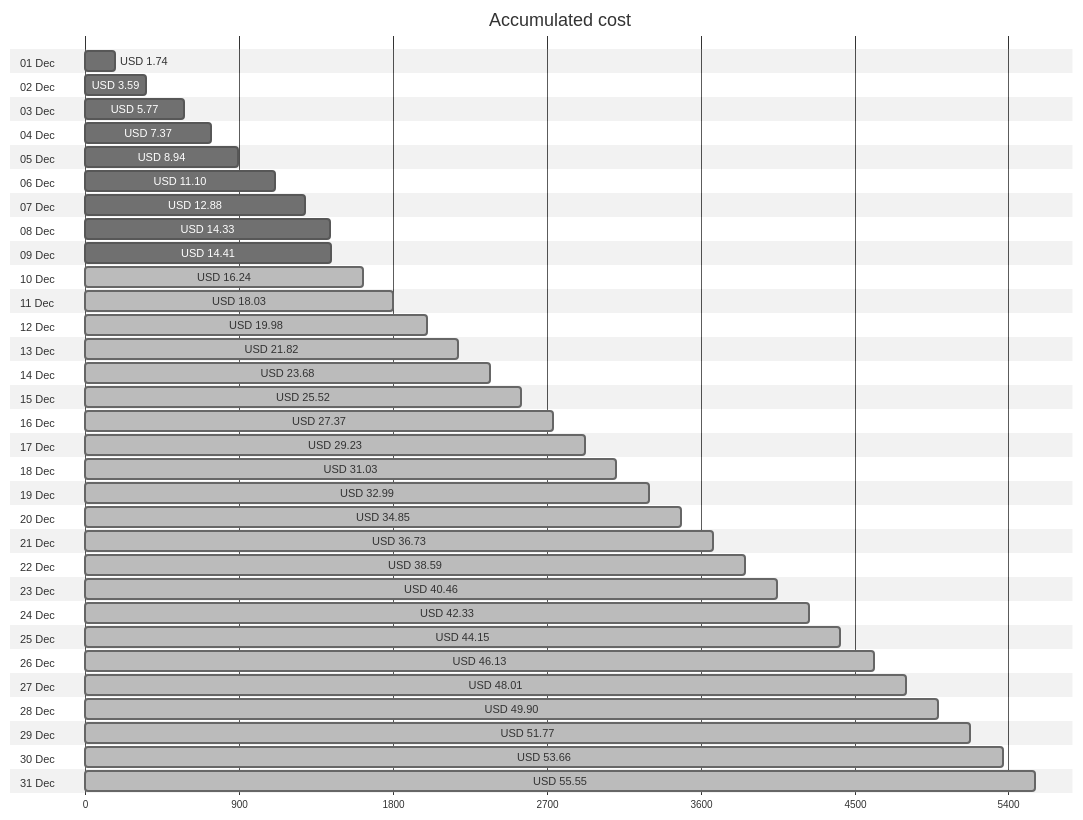
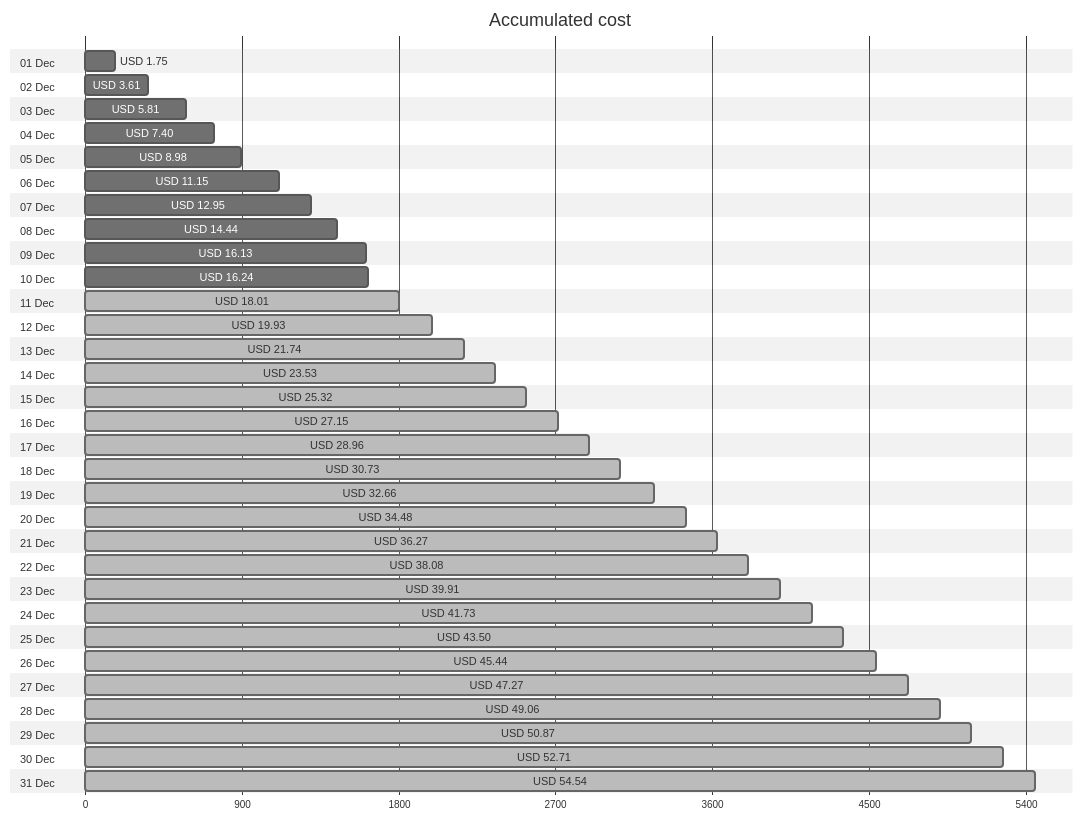
One commit to jpfulton/azure-personal-reports changed the first of 4 diagrams in cost-reports/personal-network/README.md. Above: the diagram before and after it, drawn with Mermaid (neutral theme). The commit also changed other lines of this file and 8 other files, not shown here.

````diff
--- a/cost-reports/personal-network/README.md
+++ b/cost-reports/personal-network/README.md
@@ -20,68 +20,68 @@
 ```mermaid
 gantt
    title Accumulated cost
    dateFormat  X
    axisFormat %s
    section 01 Dec
-   USD 1.74 :0, 174
+   USD 1.75 :0, 175
    section 02 Dec
-   USD 3.59 :0, 359
+   USD 3.61 :0, 361
    section 03 Dec
-   USD 5.77 :0, 577
+   USD 5.81 :0, 581
    section 04 Dec
-   USD 7.37 :0, 737
+   USD 7.40 :0, 740
    section 05 Dec
-   USD 8.94 :0, 894
+   USD 8.98 :0, 898
    section 06 Dec
-   USD 11.10 :0, 1110
+   USD 11.15 :0, 1115
    section 07 Dec
-   USD 12.88 :0, 1288
+   USD 12.95 :0, 1295
    section 08 Dec
-   USD 14.33 :0, 1433
+   USD 14.44 :0, 1444
    section 09 Dec
-   USD 14.41 :0, 1441
+   USD 16.13 :0, 1613
    section 10 Dec
-   USD 16.24 : done, 0, 1624
+   USD 16.24 :0, 1624
    section 11 Dec
-   USD 18.03 : done, 0, 1803
+   USD 18.01 : done, 0, 1801
    section 12 Dec
-   USD 19.98 : done, 0, 1998
+   USD 19.93 : done, 0, 1993
    section 13 Dec
-   USD 21.82 : done, 0, 2182
+   USD 21.74 : done, 0, 2174
    section 14 Dec
-   USD 23.68 : done, 0, 2368
+   USD 23.53 : done, 0, 2353
    section 15 Dec
-   USD 25.52 : done, 0, 2552
+   USD 25.32 : done, 0, 2532
    section 16 Dec
-   USD 27.37 : done, 0, 2737
+   USD 27.15 : done, 0, 2715
    section 17 Dec
-   USD 29.23 : done, 0, 2923
+   USD 28.96 : done, 0, 2896
    section 18 Dec
-   USD 31.03 : done, 0, 3103
+   USD 30.73 : done, 0, 3073
    section 19 Dec
-   USD 32.99 : done, 0, 3299
+   USD 32.66 : done, 0, 3266
    section 20 Dec
-   USD 34.85 : done, 0, 3485
+   USD 34.48 : done, 0, 3448
    section 21 Dec
-   USD 36.73 : done, 0, 3673
+   USD 36.27 : done, 0, 3627
    section 22 Dec
-   USD 38.59 : done, 0, 3859
+   USD 38.08 : done, 0, 3808
    section 23 Dec
-   USD 40.46 : done, 0, 4046
+   USD 39.91 : done, 0, 3991
    section 24 Dec
-   USD 42.33 : done, 0, 4233
+   USD 41.73 : done, 0, 4173
    section 25 Dec
-   USD 44.15 : done, 0, 4415
+   USD 43.50 : done, 0, 4350
    section 26 Dec
-   USD 46.13 : done, 0, 4613
+   USD 45.44 : done, 0, 4544
    section 27 Dec
-   USD 48.01 : done, 0, 4801
+   USD 47.27 : done, 0, 4727
    section 28 Dec
-   USD 49.90 : done, 0, 4990
+   USD 49.06 : done, 0, 4906
    section 29 Dec
-   USD 51.77 : done, 0, 5177
+   USD 50.87 : done, 0, 5087
    section 30 Dec
-   USD 53.66 : done, 0, 5366
+   USD 52.71 : done, 0, 5271
    section 31 Dec
-   USD 55.55 : done, 0, 5555
+   USD 54.54 : done, 0, 5454
 ```
````
